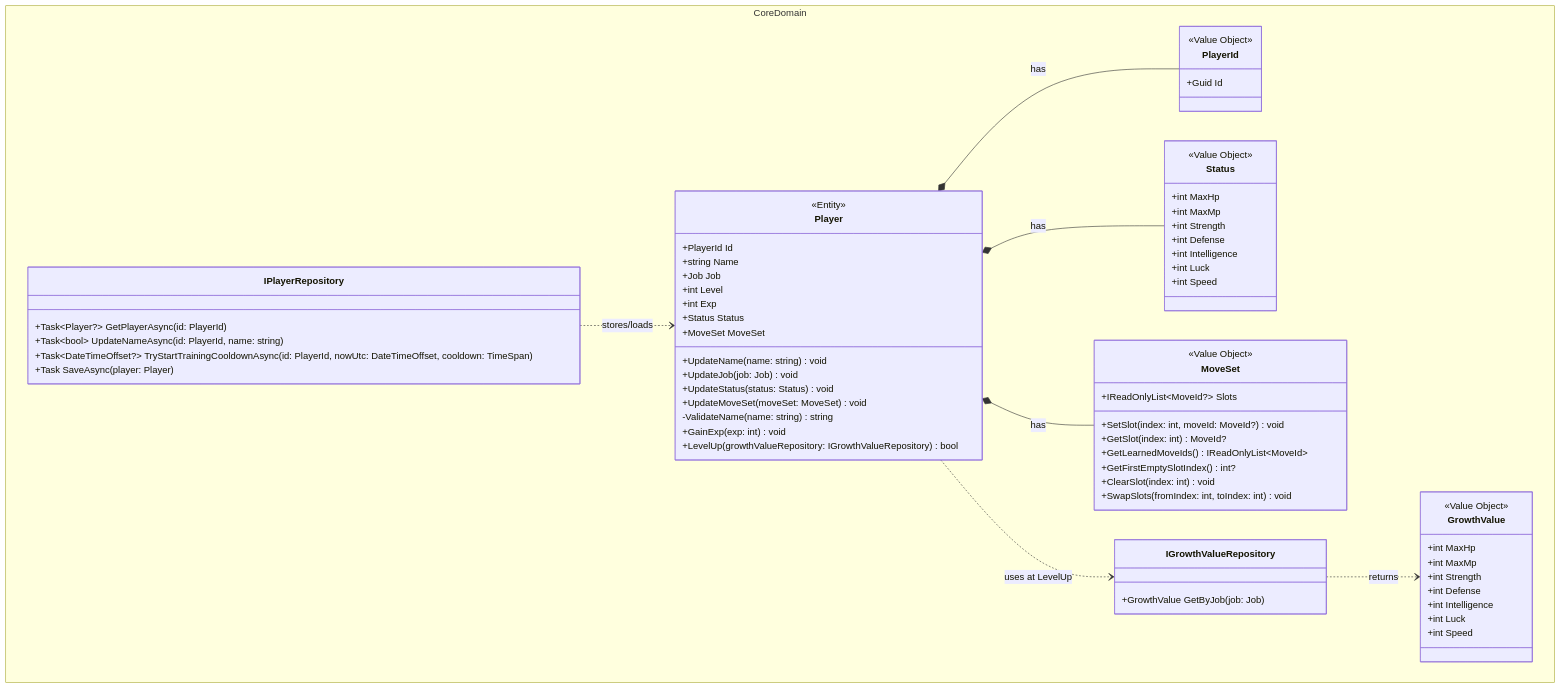
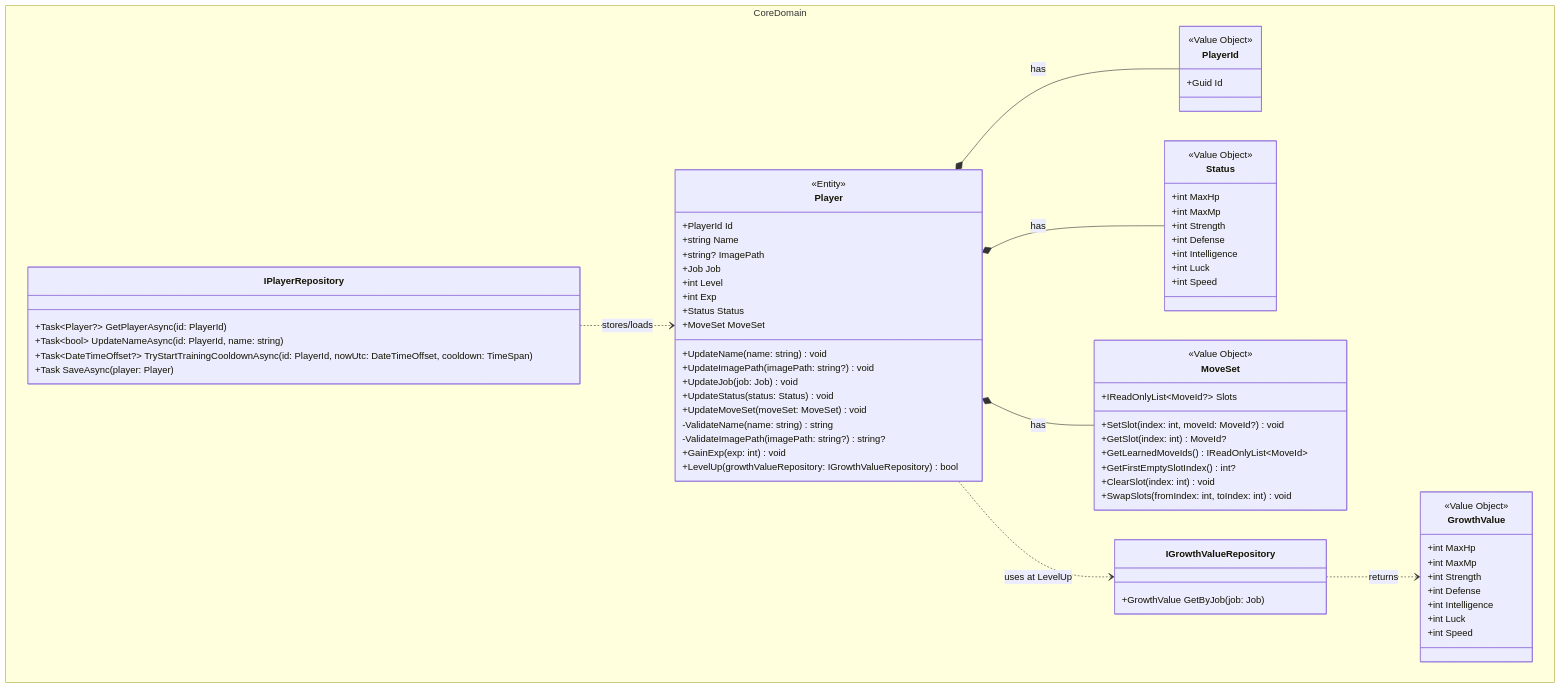
One commit to ayumu203/nisekue changed the diagram in docs/MMD01_CoreDomain.mmd. Above: the diagram before and after it, drawn with Mermaid. The commit also changed 5 other files, not shown here.

```diff
--- a/docs/MMD01_CoreDomain.mmd
+++ b/docs/MMD01_CoreDomain.mmd
@@ -1,78 +1,81 @@
 classDiagram
     %% Enum 定義は docs/MMD21_Enum.mmd を参照
     namespace CoreDomain {
         %% Player の基本情報
         class Player {
             <<Entity>>
             +PlayerId Id
             +string Name
+            +string? ImagePath
             +Job Job
             +int Level
             +int Exp
             +Status Status
             +MoveSet MoveSet
             +UpdateName(name: string) void
+            +UpdateImagePath(imagePath: string?) void
             +UpdateJob(job: Job) void
             +UpdateStatus(status: Status) void
             +UpdateMoveSet(moveSet: MoveSet) void
             -ValidateName(name: string) string
+            -ValidateImagePath(imagePath: string?) string?
             +GainExp(exp: int) void
             +LevelUp(growthValueRepository: IGrowthValueRepository) bool
         }
 
         class PlayerId {
             <<Value Object>>
             +Guid Id
         }
 
         class Status {
             <<Value Object>>
             +int MaxHp
             +int MaxMp
             +int Strength
             +int Defense
             +int Intelligence
             +int Luck
             +int Speed
         }
 
         class GrowthValue {
             <<Value Object>>
             +int MaxHp
             +int MaxMp
             +int Strength
             +int Defense
             +int Intelligence
             +int Luck
             +int Speed
         }
 
         class MoveSet {
             <<Value Object>>
             +IReadOnlyList~MoveId?~ Slots
             +SetSlot(index: int, moveId: MoveId?) void
             +GetSlot(index: int) MoveId?
             +GetLearnedMoveIds() IReadOnlyList~MoveId~
             +GetFirstEmptySlotIndex() int?
             +ClearSlot(index: int) void
             +SwapSlots(fromIndex: int, toIndex: int) void
         }
 
         class IPlayerRepository {
             +Task~Player?~ GetPlayerAsync(id: PlayerId)
             +Task~bool~ UpdateNameAsync(id: PlayerId, name: string)
             +Task~DateTimeOffset?~ TryStartTrainingCooldownAsync(id: PlayerId, nowUtc: DateTimeOffset, cooldown: TimeSpan)
             +Task SaveAsync(player: Player)
         }
 
         class IGrowthValueRepository {
             +GrowthValue GetByJob(job: Job)
         }
     }
 
     Player *-- PlayerId : has
     Player *-- Status : has
     Player *-- MoveSet : has
     Player ..> IGrowthValueRepository : uses at LevelUp
     IGrowthValueRepository ..> GrowthValue : returns
     IPlayerRepository ..> Player : stores/loads
```
